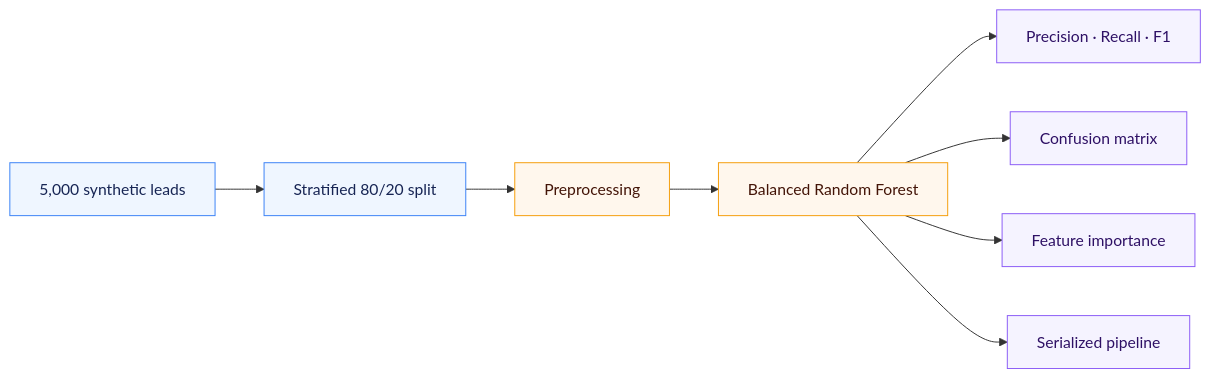
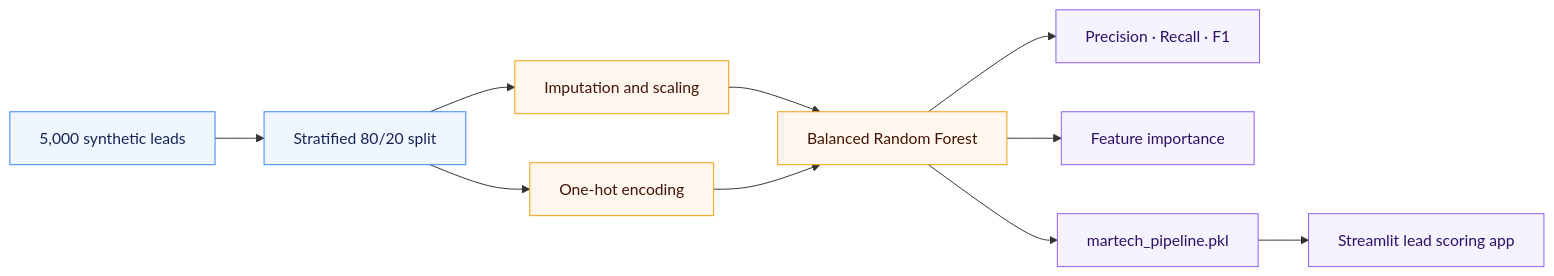
The diagram in README.md (neethu18reddy/MartechMatch), drawn with Mermaid before and after one commit. The commit also changed other lines of this file and 5 other files, not shown here.

Commit message:
feat: add lead scoring model and Streamlit dashboard

````diff
--- a/README.md
+++ b/README.md
@@ -62,17 +50,19 @@
 ```mermaid
 flowchart LR
     A[5,000 synthetic leads] --> B[Stratified 80/20 split]
-    B --> C[Preprocessing]
-    C --> D[Balanced Random Forest]
-    D --> E[Precision · Recall · F1]
-    D --> F[Confusion matrix]
-    D --> G[Feature importance]
-    D --> H[Serialized pipeline]
+    B --> C[Imputation and scaling]
+    B --> D[One-hot encoding]
+    C --> E[Balanced Random Forest]
+    D --> E
+    E --> F[Precision · Recall · F1]
+    E --> G[Feature importance]
+    E --> H[martech_pipeline.pkl]
+    H --> I[Streamlit lead scoring app]
 
     classDef source fill:#eff6ff,stroke:#3b82f6,color:#172554
     classDef model fill:#fff7ed,stroke:#f59e0b,color:#431407
     classDef output fill:#f5f3ff,stroke:#8b5cf6,color:#2e1065
     class A,B source
-    class C,D model
-    class E,F,G,H output
+    class C,D,E model
+    class F,G,H,I output
 ```
````
